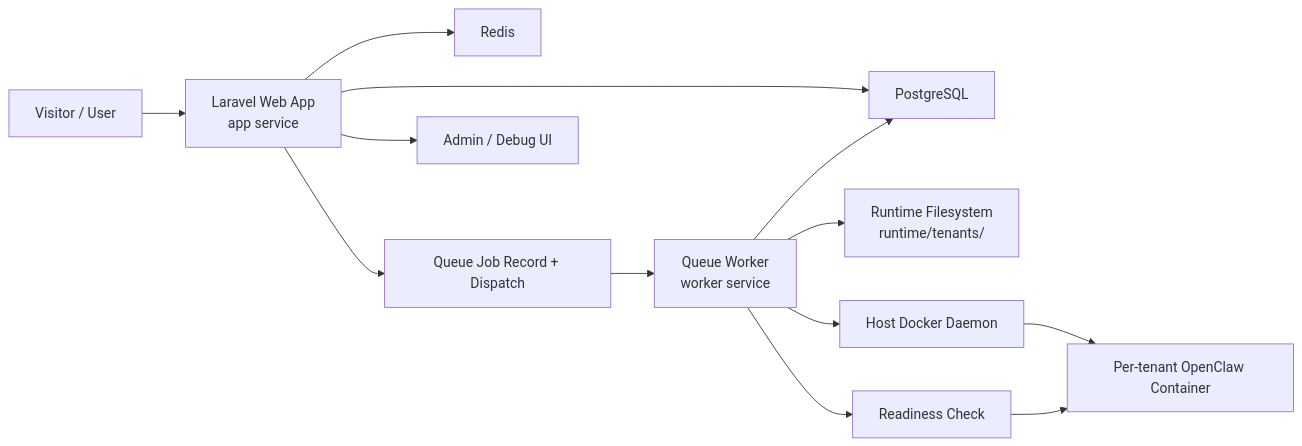
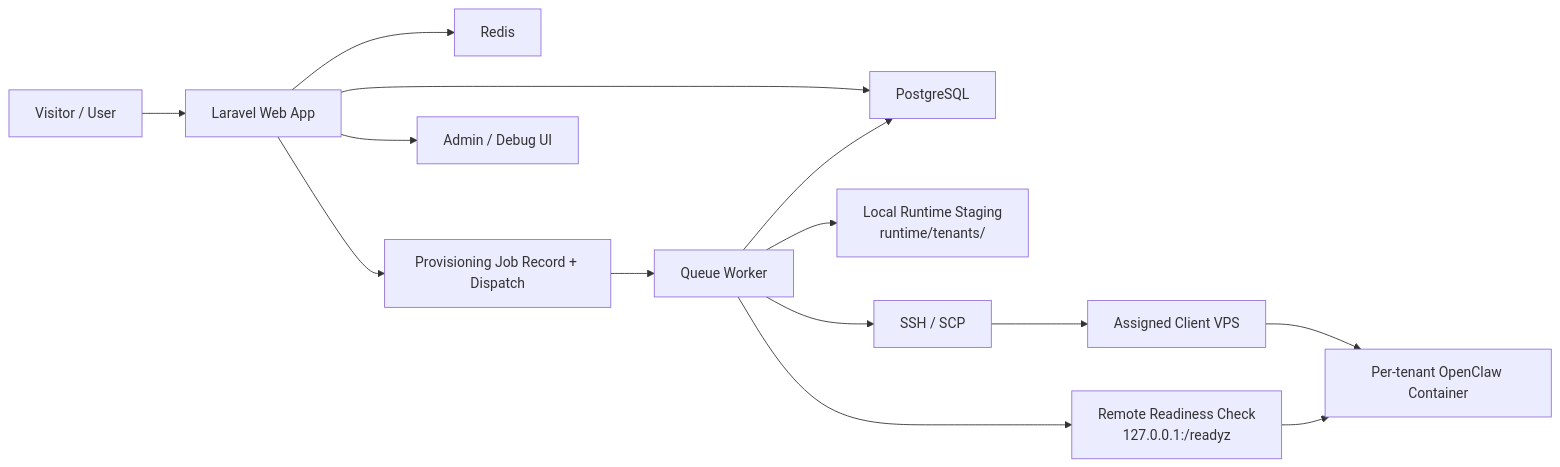
The first of 2 diagrams in ARCHITECTURE.md (StyleAiLabs/control-app), drawn with Mermaid before and after one commit. The commit also changed other lines of this file and 31 other files, not shown here.

Commit message:
Add VPS-ready client deployment architecture

````diff
--- a/ARCHITECTURE.md
+++ b/ARCHITECTURE.md
@@ -45,15 +80,16 @@
 ```mermaid
 flowchart LR
-    V["Visitor / User"] --> W["Laravel Web App<br/>app service"]
-    W --> DB["PostgreSQL"]
-    W --> R["Redis"]
-    W --> Q["Queue Job Record + Dispatch"]
-    Q --> WK["Queue Worker<br/>worker service"]
-    WK --> DB
-    WK --> FS["Runtime Filesystem<br/>runtime/tenants/<slug>"]
-    WK --> DC["Host Docker Daemon"]
-    DC --> OC["Per-tenant OpenClaw Container"]
-    WK --> HC["Readiness Check"]
-    HC --> OC
-    W --> A["Admin / Debug UI"]
+    U["Visitor / User"] --> WEB["Laravel Web App"]
+    WEB --> DB["PostgreSQL"]
+    WEB --> REDIS["Redis"]
+    WEB --> JOB["Provisioning Job Record + Dispatch"]
+    JOB --> WORKER["Queue Worker"]
+    WORKER --> DB
+    WORKER --> STAGE["Local Runtime Staging<br/>runtime/tenants/<slug>"]
+    WORKER --> SSH["SSH / SCP"]
+    SSH --> VPS["Assigned Client VPS"]
+    VPS --> OC["Per-tenant OpenClaw Container"]
+    WORKER --> READY["Remote Readiness Check<br/>127.0.0.1:<port>/readyz"]
+    READY --> OC
+    WEB --> ADMIN["Admin / Debug UI"]
 ```
````
